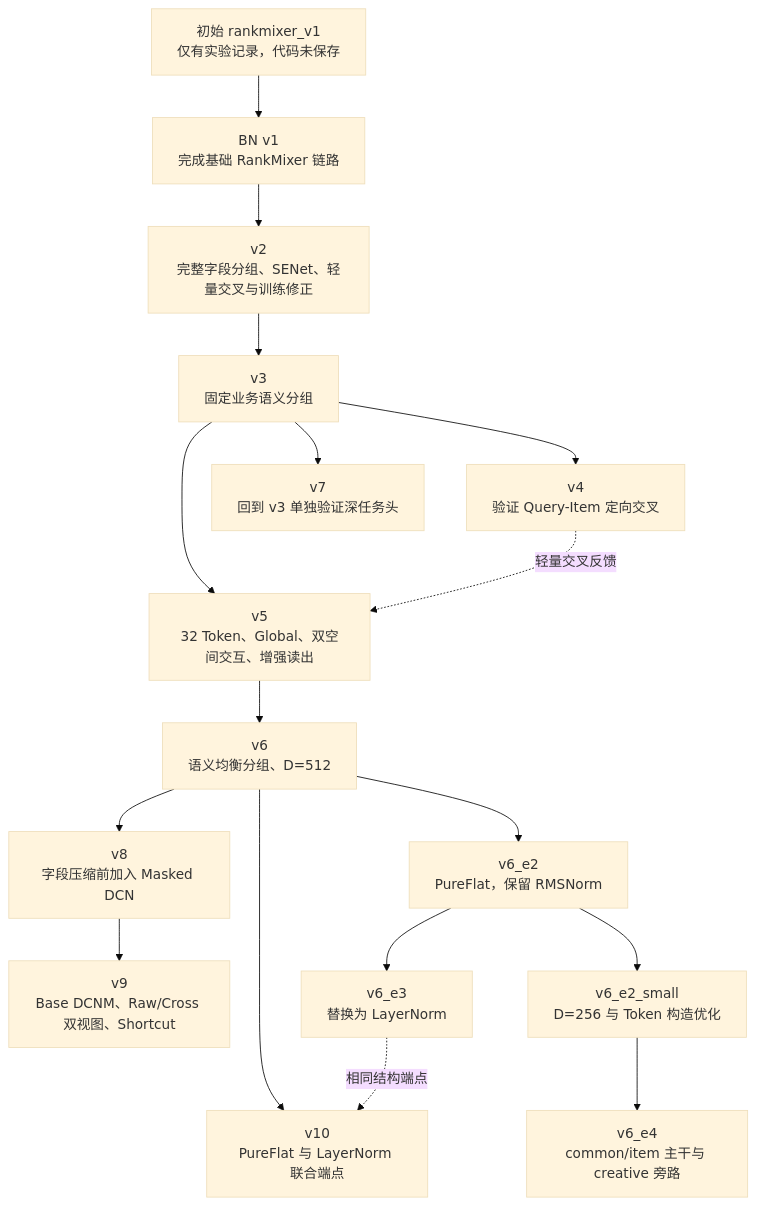
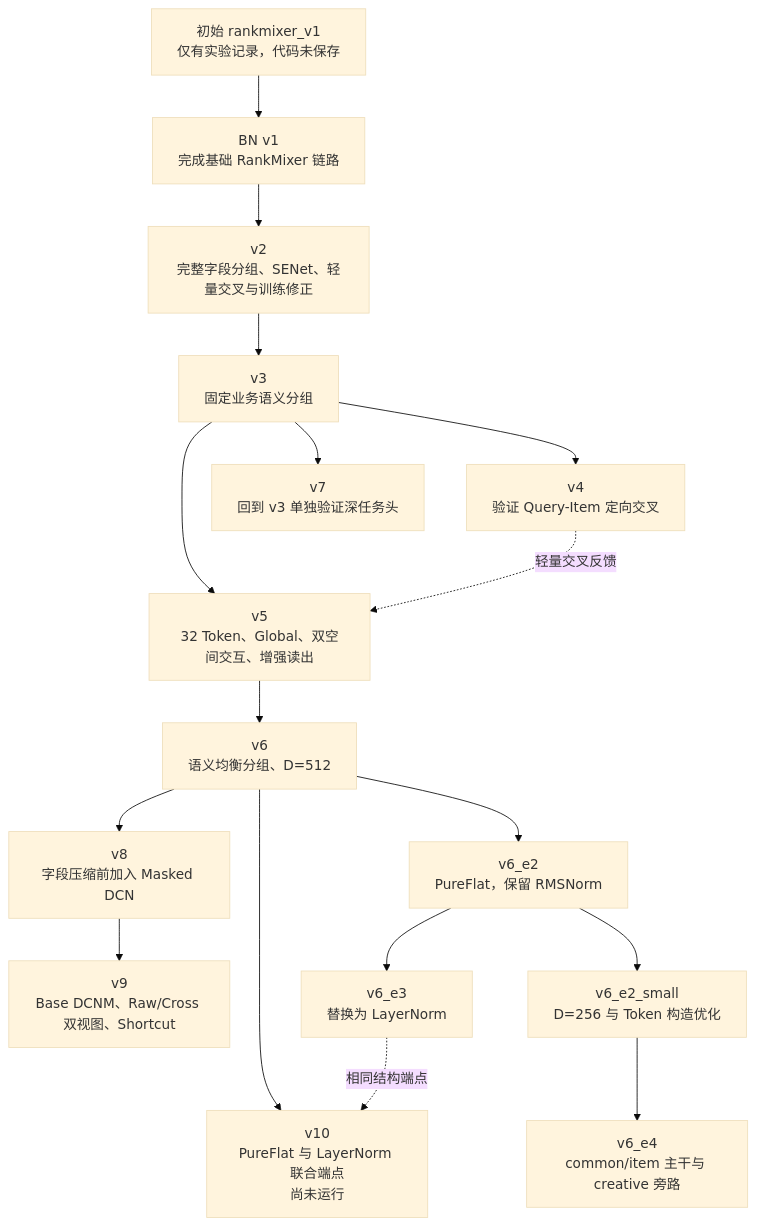
The first of 25 diagrams in introduce/RankMixer_阶段算法技术工作汇报_2026-09-03.md (Bolt00Y/RAS), drawn with Mermaid (base theme) before and after one commit. The commit also changed other lines of this file and 5 other files, not shown here.

````diff
--- a/introduce/RankMixer_阶段算法技术工作汇报_2026-09-03.md
+++ b/introduce/RankMixer_阶段算法技术工作汇报_2026-09-03.md
@@ -168,19 +185,19 @@
 ```mermaid
 flowchart TD
     A["初始 rankmixer_v1<br/>仅有实验记录，代码未保存"] --> B["BN v1<br/>完成基础 RankMixer 链路"]
     B --> C["v2<br/>完整字段分组、SENet、轻量交叉与训练修正"]
     C --> D["v3<br/>固定业务语义分组"]
     D --> E["v4<br/>验证 Query-Item 定向交叉"]
     D --> F["v5<br/>32 Token、Global、双空间交互、增强读出"]
     E -. "轻量交叉反馈" .-> F
     F --> G["v6<br/>语义均衡分组、D=512"]
     D --> H["v7<br/>回到 v3 单独验证深任务头"]
     G --> I["v8<br/>字段压缩前加入 Masked DCN"]
     I --> J["v9<br/>Base DCNM、Raw/Cross 双视图、Shortcut"]
-    G --> K["v10<br/>PureFlat 与 LayerNorm 联合端点"]
+    G --> K["v10<br/>PureFlat 与 LayerNorm 联合端点<br/>尚未运行"]
     G --> L["v6_e2<br/>PureFlat，保留 RMSNorm"]
     L --> M["v6_e3<br/>替换为 LayerNorm"]
     M -. "相同结构端点" .-> K
     L --> N["v6_e2_small<br/>D=256 与 Token 构造优化"]
     N --> O["v6_e4<br/>common/item 主干与 creative 旁路"]
 ```
````
